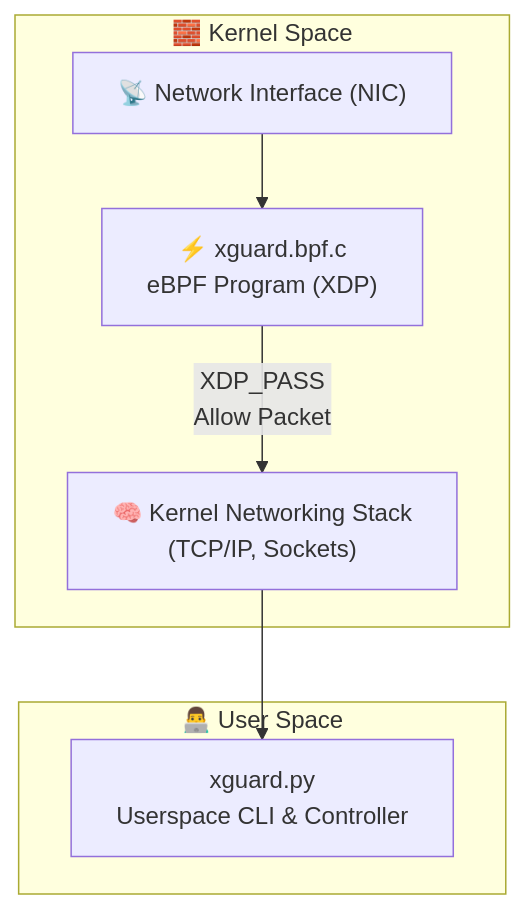
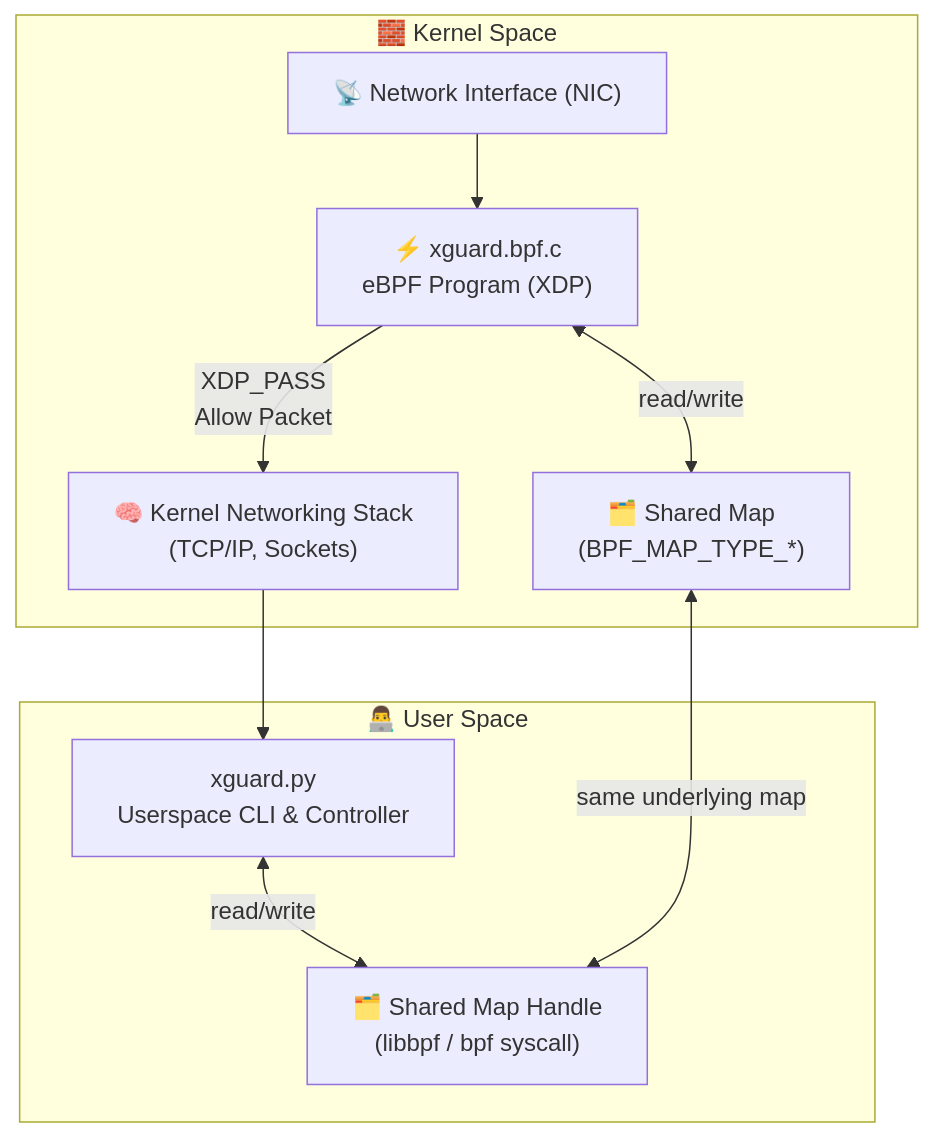
One commit to marchesir/xguard changed the diagram in README.md. Above: the diagram before and after it, drawn with Mermaid. The commit also changed other lines of this file, not shown here.

````diff
--- a/README.md
+++ b/README.md
@@ -37,17 +36,24 @@
 ```mermaid
 flowchart TD
     subgraph "🧱 Kernel Space"
         NIC["📡 Network Interface (NIC)"]
         XDP["⚡ xguard.bpf.c<br>eBPF Program (XDP)"]
         KernelStack["🧠 Kernel Networking Stack<br>(TCP/IP, Sockets)"]
+        MapK["🗂️ Shared Map<br>(BPF_MAP_TYPE_*)"]
     end
 
     subgraph "👨‍💻 User Space"
         App["xguard.py<br>Userspace CLI & Controller"]
+        MapU["🗂️ Shared Map Handle<br>(libbpf / bpf syscall)"]
     end
 
     NIC --> XDP
     XDP -- "XDP_PASS<br>Allow Packet" --> KernelStack    
 
     KernelStack --> App
+
+    %% Shared Map connections
+    XDP <-- "read/write" --> MapK
+    App <-- "read/write" --> MapU
+    MapK <-- "same underlying map" --> MapU
 ```
````
